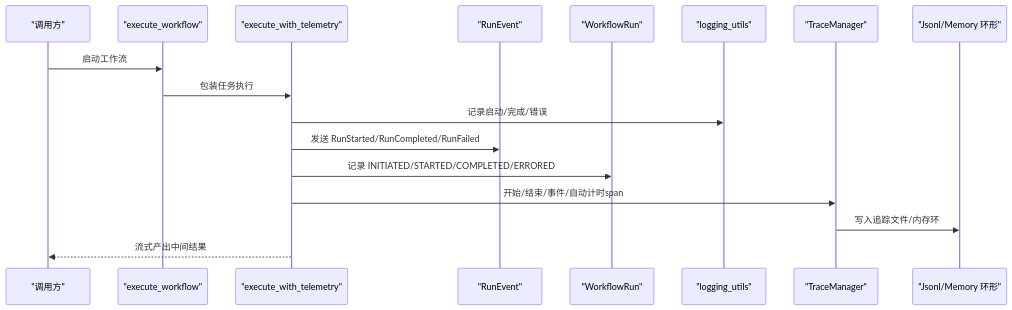
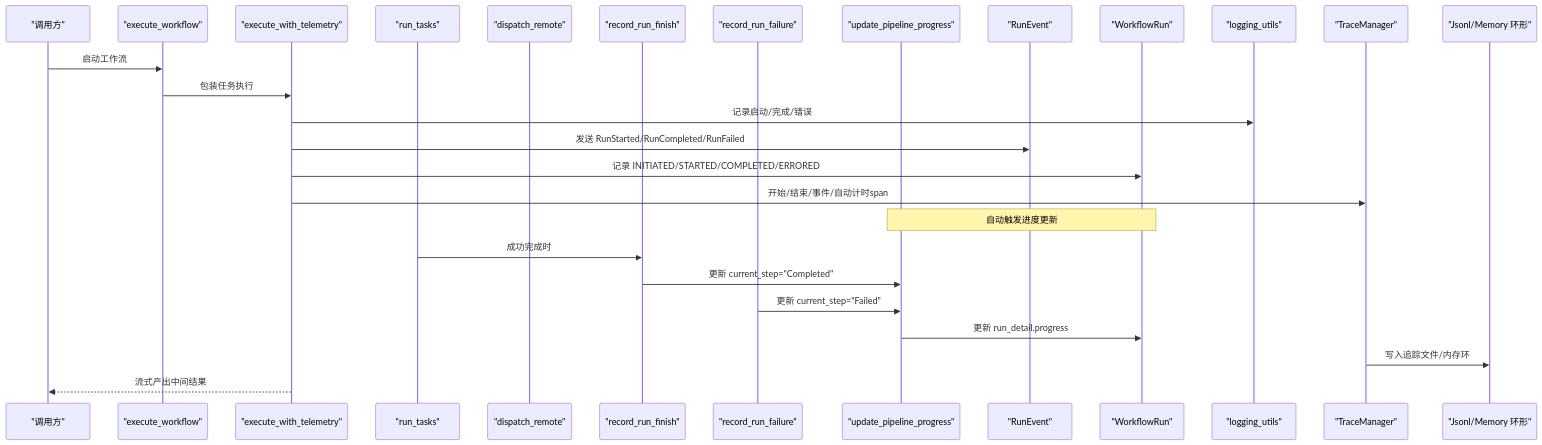
One commit to alvinwangzi/m_flow changed the second of 6 diagrams in .qoder/repowiki/zh/content/管道系统设计/管道监控与调试.md. Above: the diagram before and after it, drawn with Mermaid. The commit also changed other lines of this file and 38 other files, not shown here.

````diff
--- a/.qoder/repowiki/zh/content/管道系统设计/管道监控与调试.md
+++ b/.qoder/repowiki/zh/content/管道系统设计/管道监控与调试.md
@@ -118,19 +137,29 @@
 ```mermaid
 sequenceDiagram
 participant Client as "调用方"
 participant WF as "execute_workflow"
 participant Telemetry as "execute_with_telemetry"
+participant Tasks as "run_tasks"
+participant Remote as "dispatch_remote"
+participant Finish as "record_run_finish"
+participant Fail as "record_run_failure"
+participant Progress as "update_pipeline_progress"
 participant Events as "RunEvent"
 participant DB as "WorkflowRun"
 participant Log as "logging_utils"
 participant Trace as "TraceManager"
 participant Sink as "Jsonl/Memory 环形"
 Client->>WF : 启动工作流
 WF->>Telemetry : 包装任务执行
 Telemetry->>Log : 记录启动/完成/错误
 Telemetry->>Events : 发送 RunStarted/RunCompleted/RunFailed
 Telemetry->>DB : 记录 INITIATED/STARTED/COMPLETED/ERRORED
 Telemetry->>Trace : 开始/结束/事件/自动计时span
+Note over Progress,DB : 自动触发进度更新
+Tasks->>Finish : 成功完成时
+Finish->>Progress : 更新 current_step="Completed"
+Fail->>Progress : 更新 current_step="Failed"
+Progress->>DB : 更新 run_detail.progress
 Trace->>Sink : 写入追踪文件/内存环
 Telemetry-->>Client : 流式产出中间结果
 ```
````
